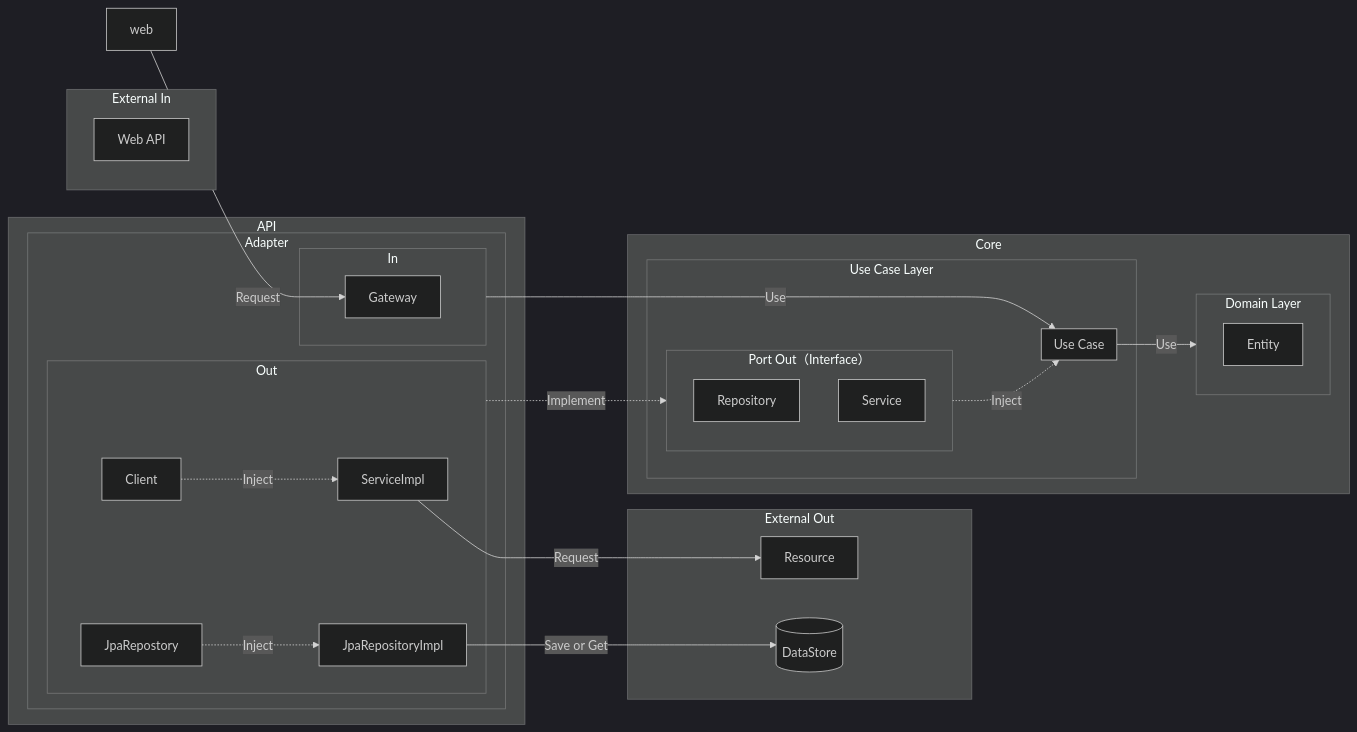
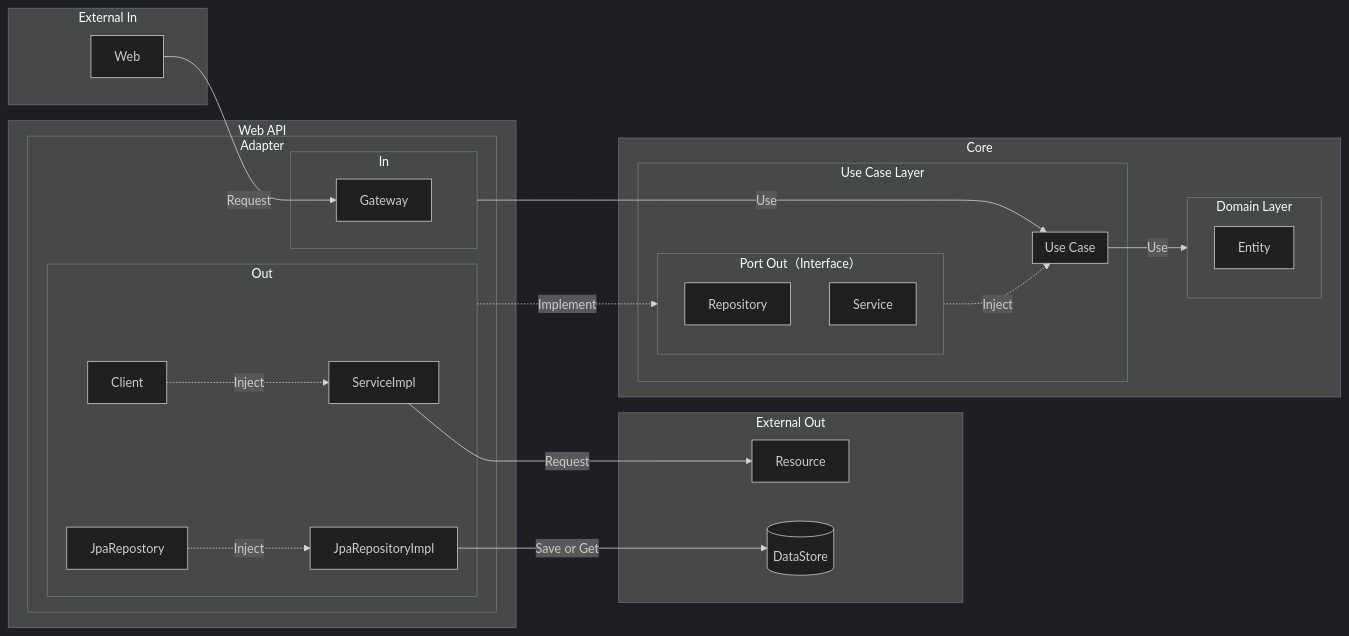
Before and after one commit to axuanhogan/clean-architecture-implementation: the diagram in README.md, drawn with Mermaid (dark theme). The commit also changed 20 other files, not shown here.

Commit message:
調整 project name: api -> web-api

````diff
--- a/README.md
+++ b/README.md
@@ -10,52 +10,52 @@
 ```mermaid
 graph LR
 		
 	subgraph External Out
 		resource[Resource]
 		data-store[(DataStore)]
 	end
 		
 	subgraph External In
-		web-api[Web API]
+		web[Web]
 	end
 	
-	subgraph api[API]
+	subgraph web-api[Web API]
         subgraph adapter[Adapter]
             subgraph adapter-in[In]
                 adapter-in-gateway[Gateway]
             end
             subgraph adapter-out[Out]
                 adapter-out-service-impl[ServiceImpl]
                 adapter-out-jpa-repo-impl[JpaRepositoryImpl]
                 adapter-out-client[Client]
                 adapter-out-jpa-repo[JpaRepostory]
             end
         end
     end
 	
 	subgraph core[Core]
 		subgraph domain-layer[Domain Layer]
 			Entity
 		end
 		subgraph use-case-layer[Use Case Layer]
             subgraph port-out[Port Out（Interface）]
                 port-out-repo[Repository]
                 port-out-service[Service]
             end
             subgraph use-case[Use Case]
             end
 		end
 	end
 	
 	web -- Request --> adapter-in-gateway
 	
 	adapter-in -- Use --> use-case
 	use-case -- Use --> domain-layer
 	adapter-out-client -. Inject .-> adapter-out-service-impl
 	adapter-out-jpa-repo -. Inject .-> adapter-out-jpa-repo-impl
 	adapter-out -. Implement .-> port-out
 	port-out -. Inject .-> use-case
 	
 	adapter-out-jpa-repo-impl -- Save or Get --> data-store
 	adapter-out-service-impl -- Request --> resource
 ```
````
